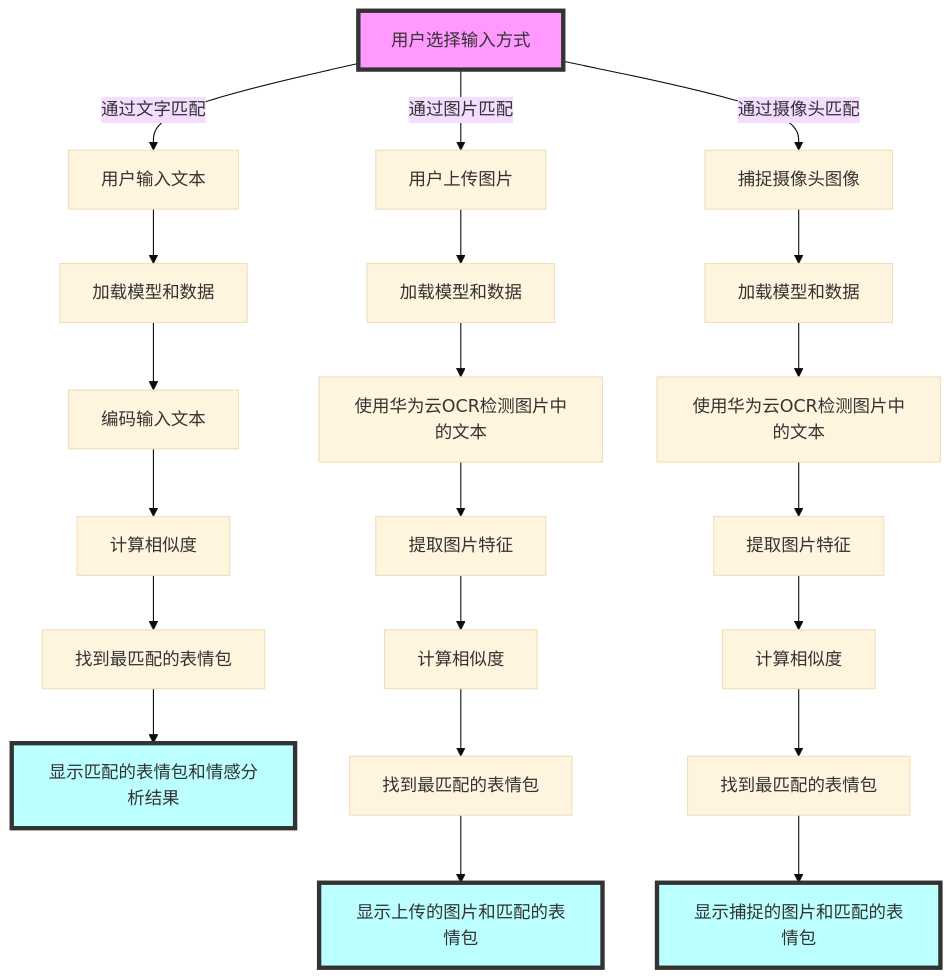
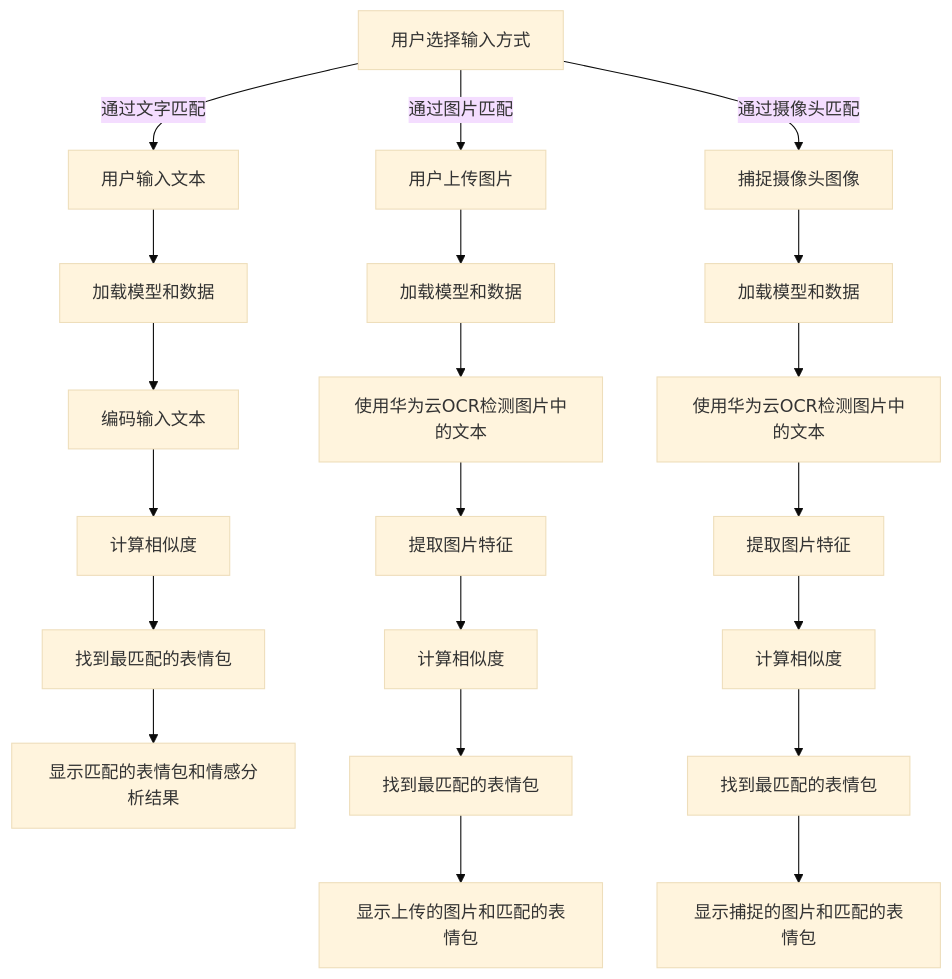
The second of 2 diagrams in README.md (lijy233/The-look-on-your-face-was-I-right), drawn with Mermaid (base theme) before and after one commit.

Commit message:
update markdown

````diff
--- a/README.md
+++ b/README.md
@@ -83,31 +83,26 @@
 ```mermaid
 graph TD;
     A[用户选择输入方式] -->|通过文字匹配| B[用户输入文本]
     A -->|通过图片匹配| C[用户上传图片]
     A -->|通过摄像头匹配| D[捕捉摄像头图像]
     
     B --> E[加载模型和数据]
     E --> F[编码输入文本]
     F --> G[计算相似度]
     G --> H[找到最匹配的表情包]
     H --> I[显示匹配的表情包和情感分析结果]
     
     C --> J[加载模型和数据]
     J --> K[使用华为云OCR检测图片中的文本]
     K --> L[提取图片特征]
     L --> M[计算相似度]
     M --> N[找到最匹配的表情包]
     N --> O[显示上传的图片和匹配的表情包]
     
     D --> P[加载模型和数据]
     P --> Q[使用华为云OCR检测图片中的文本]
     Q --> R[提取图片特征]
     R --> S[计算相似度]
     S --> T[找到最匹配的表情包]
     T --> U[显示捕捉的图片和匹配的表情包]
-    
-    style A fill:#f9f,stroke:#333,stroke-width:4px;
-    style I fill:#bff,stroke:#333,stroke-width:4px;
-    style O fill:#bff,stroke:#333,stroke-width:4px;
-    style U fill:#bff,stroke:#333,stroke-width:4px;
 ```
````
